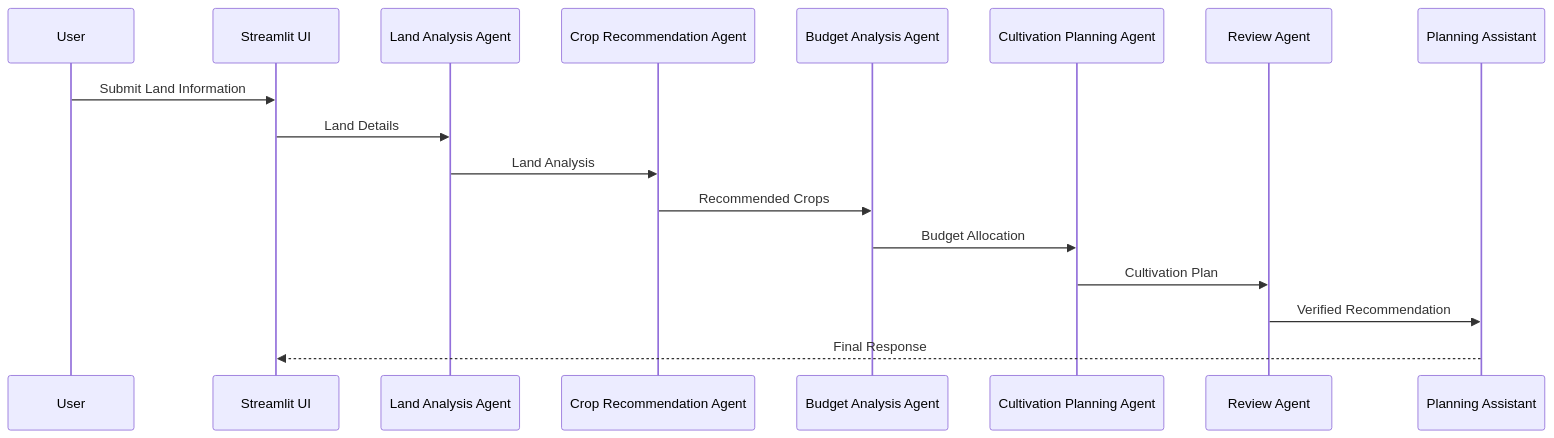
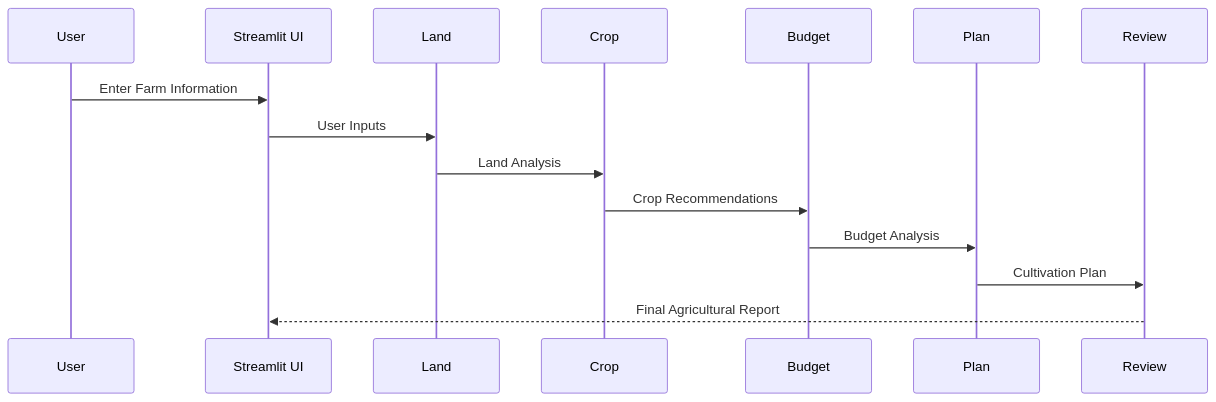
Before and after one commit to dilumgit/Agriculture-Land-Planning-Agent: the second of 3 diagrams in README.md, drawn with Mermaid. The commit also changed other lines of this file and 18 other files, not shown here.

````diff
--- a/README.md
+++ b/README.md
@@ -179,28 +227,25 @@
 ```mermaid
 sequenceDiagram
 
 participant User
 participant UI as Streamlit UI
-participant Land as Land Analysis Agent
-participant Crop as Crop Recommendation Agent
-participant Budget as Budget Analysis Agent
-participant Plan as Cultivation Planning Agent
-participant Review as Review Agent
-participant Assistant as Planning Assistant
+participant Land
+participant Crop
+participant Budget
+participant Plan
+participant Review
 
-User->>UI: Submit Land Information
+User->>UI: Enter Farm Information
 
-UI->>Land: Land Details
+UI->>Land: User Inputs
 
 Land->>Crop: Land Analysis
 
-Crop->>Budget: Recommended Crops
+Crop->>Budget: Crop Recommendations
 
-Budget->>Plan: Budget Allocation
+Budget->>Plan: Budget Analysis
 
 Plan->>Review: Cultivation Plan
 
-Review->>Assistant: Verified Recommendation
-
-Assistant-->>UI: Final Response
+Review-->>UI: Final Agricultural Report
 ```
````
